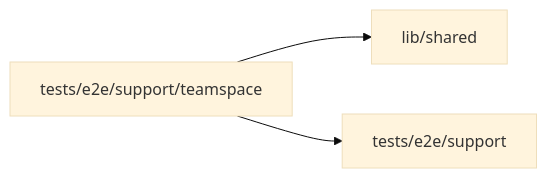
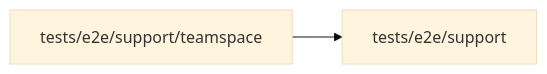
One commit to superdurable/superverse changed the diagram in web/studio/tests/e2e/support/teamspace/README.md. Above: the diagram before and after it, drawn with Mermaid (base theme). The commit also changed other lines of this file and 278 other files, not shown here.

````diff
--- a/web/studio/tests/e2e/support/teamspace/README.md
+++ b/web/studio/tests/e2e/support/teamspace/README.md
@@ -10,6 +10,5 @@
 ```mermaid
 flowchart LR
   self["tests/e2e/support/teamspace"]
-  self --> d0["lib/shared"]
-  self --> d1["tests/e2e/support"]
+  self --> d0["tests/e2e/support"]
 ```
````
